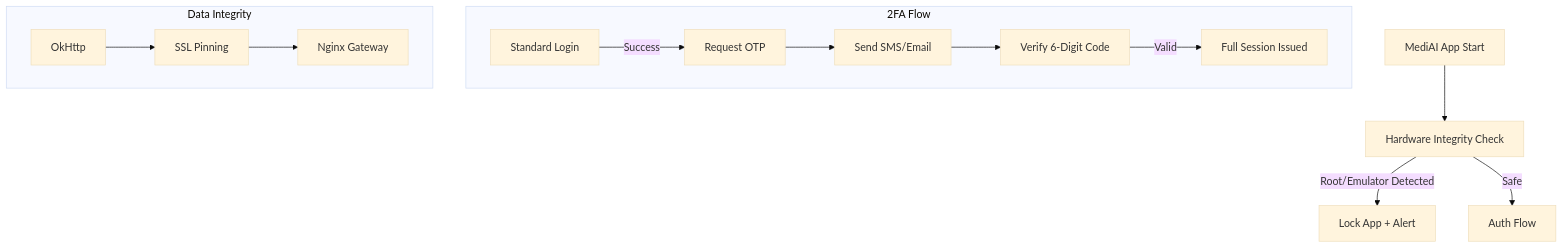
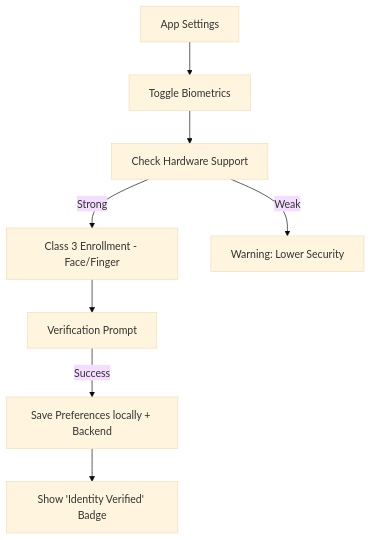
The diagram in .artifacts/4dc8775b-7ddf-49a0-b4e6-8fda79cbdfec/implementation_plan.artifact.md (KotlinFiroj/Ai-HealthCare-App), drawn with Mermaid (base theme) before and after one commit. The commit also changed other lines of this file and 10 other files, not shown here.

Commit message:
Implement Phase 36: Face Authentication & Advanced Biometrics; introduce biometric identity verification with Face and Fingerprint options; enhance user preferences for biometric settings; update backend to track biometric verification status; create Biometric Enrollment UI for user opt-in.

````diff
--- a/.artifacts/4dc8775b-7ddf-49a0-b4e6-8fda79cbdfec/implementation_plan.artifact.md
+++ b/.artifacts/4dc8775b-7ddf-49a0-b4e6-8fda79cbdfec/implementation_plan.artifact.md
@@ -50,18 +40,10 @@
 ```mermaid
 graph TD
-    App[MediAI App Start] --> Integrity[Hardware Integrity Check]
-    Integrity -->|Root/Emulator Detected| Lock[Lock App + Alert]
-    Integrity -->|Safe| Auth[Auth Flow]
-
-    subgraph 2FA Flow
-        Login[Standard Login] -->|Success| OTP_Req[Request OTP]
-        OTP_Req --> Code[Send SMS/Email]
-        Code --> Verify[Verify 6-Digit Code]
-        Verify -->|Valid| Session[Full Session Issued]
-    end
-
-    subgraph Data Integrity
-        Network[OkHttp] --> Pinning[SSL Pinning]
-        Pinning --> Gateway[Nginx Gateway]
-    end
+    User[App Settings] --> Select[Toggle Biometrics]
+    Select --> Check[Check Hardware Support]
+    Check -->|Strong| Enroll[Class 3 Enrollment - Face/Finger]
+    Check -->|Weak| Warning[Warning: Lower Security]
+    Enroll --> Verify[Verification Prompt]
+    Verify -->|Success| Save[Save Preferences locally + Backend]
+    Save --> Badge[Show 'Identity Verified' Badge]
 ```
````
